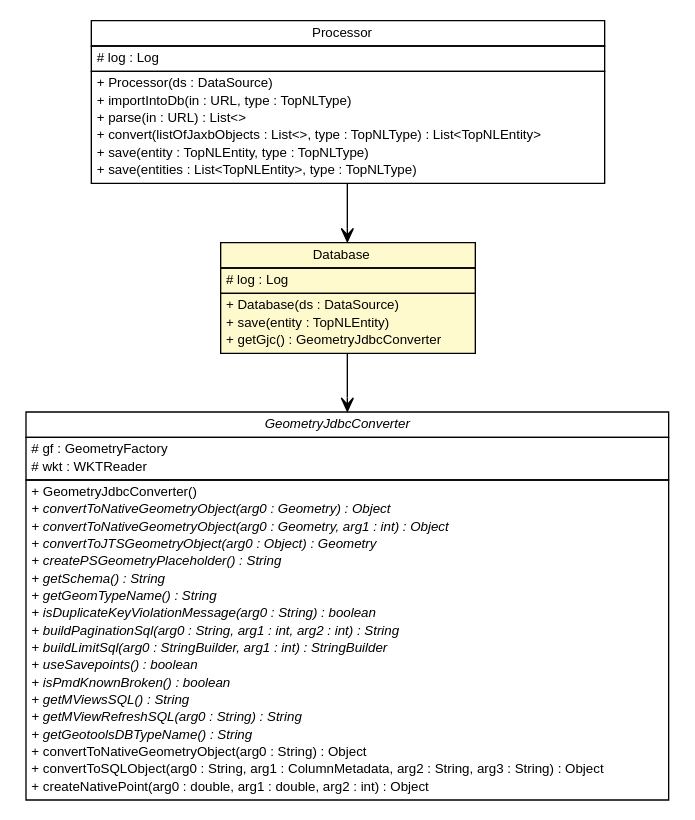
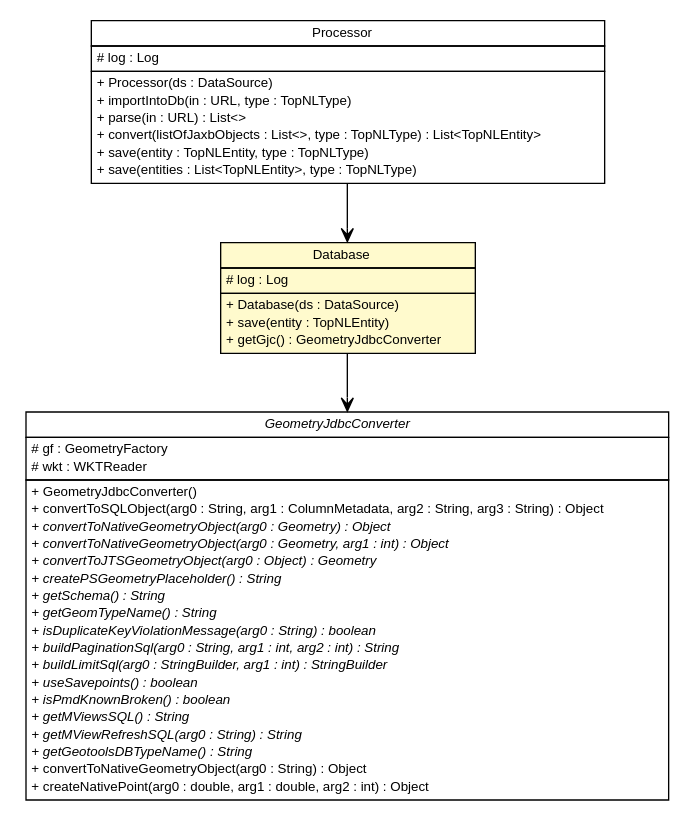
Before and after one commit to B3Partners/brmo: the diagram in topnlparser/apidocs/nl/b3p/topnl/Database.dot, drawn with Graphviz. The commit also changed other lines of this file and 751 other files, not shown here.

```diff
--- a/topnlparser/apidocs/nl/b3p/topnl/Database.dot
+++ b/topnlparser/apidocs/nl/b3p/topnl/Database.dot
@@ -1,77 +1,77 @@
 #!/usr/local/bin/dot
 #
 # Class diagram 
 # Generated by UMLGraph version R5_6-24-gf6e263 (http://www.umlgraph.org/)
 #
 
 digraph G {
 	edge [fontname="Helvetica",fontsize=10,labelfontname="Helvetica",labelfontsize=10];
 	node [fontname="Helvetica",fontsize=10,shape=plaintext];
 	nodesep=0.25;
 	ranksep=0.5;
 	// nl.b3p.topnl.Database
 	c13333 [label=<<table title="nl.b3p.topnl.Database" border="0" cellborder="1" cellspacing="0" cellpadding="2" port="p" bgcolor="lemonChiffon" href="./Database.html">
 		<tr><td><table border="0" cellspacing="0" cellpadding="1">
 <tr><td align="center" balign="center"> Database </td></tr>
 		</table></td></tr>
 		<tr><td><table border="0" cellspacing="0" cellpadding="1">
 <tr><td align="left" balign="left"> # log : Log </td></tr>
 		</table></td></tr>
 		<tr><td><table border="0" cellspacing="0" cellpadding="1">
 <tr><td align="left" balign="left"> + Database(ds : DataSource) </td></tr>
 <tr><td align="left" balign="left"> + save(entity : TopNLEntity) </td></tr>
 <tr><td align="left" balign="left"> + getGjc() : GeometryJdbcConverter </td></tr>
 		</table></td></tr>
 		</table>>, URL="./Database.html", fontname="Helvetica", fontcolor="black", fontsize=10.0];
 	// nl.b3p.topnl.Processor
 	c13337 [label=<<table title="nl.b3p.topnl.Processor" border="0" cellborder="1" cellspacing="0" cellpadding="2" port="p" href="./Processor.html">
 		<tr><td><table border="0" cellspacing="0" cellpadding="1">
 <tr><td align="center" balign="center"> Processor </td></tr>
 		</table></td></tr>
 		<tr><td><table border="0" cellspacing="0" cellpadding="1">
 <tr><td align="left" balign="left"> # log : Log </td></tr>
 		</table></td></tr>
 		<tr><td><table border="0" cellspacing="0" cellpadding="1">
 <tr><td align="left" balign="left"> + Processor(ds : DataSource) </td></tr>
 <tr><td align="left" balign="left"> + importIntoDb(in : URL, type : TopNLType) </td></tr>
 <tr><td align="left" balign="left"> + parse(in : URL) : List&lt;&gt; </td></tr>
 <tr><td align="left" balign="left"> + convert(listOfJaxbObjects : List&lt;&gt;, type : TopNLType) : List&lt;TopNLEntity&gt; </td></tr>
 <tr><td align="left" balign="left"> + save(entity : TopNLEntity, type : TopNLType) </td></tr>
 <tr><td align="left" balign="left"> + save(entities : List&lt;TopNLEntity&gt;, type : TopNLType) </td></tr>
 		</table></td></tr>
 		</table>>, URL="./Processor.html", fontname="Helvetica", fontcolor="black", fontsize=10.0];
 	// nl.b3p.topnl.Database NAVASSOC nl.b3p.loader.jdbc.GeometryJdbcConverter
 	c13333:p -> c13580:p [taillabel="", label="", headlabel="", fontname="Helvetica", fontcolor="black", fontsize=10.0, color="black", arrowhead=open];
 	// nl.b3p.topnl.Processor NAVASSOC nl.b3p.topnl.Database
 	c13337:p -> c13333:p [taillabel="", label="", headlabel="", fontname="Helvetica", fontcolor="black", fontsize=10.0, color="black", arrowhead=open];
 	// nl.b3p.loader.jdbc.GeometryJdbcConverter
 	c13580 [label=<<table title="nl.b3p.loader.jdbc.GeometryJdbcConverter" border="0" cellborder="1" cellspacing="0" cellpadding="2" port="p">
 		<tr><td><table border="0" cellspacing="0" cellpadding="1">
 <tr><td align="center" balign="center"><font face="Helvetica-Oblique"> GeometryJdbcConverter </font></td></tr>
 		</table></td></tr>
 		<tr><td><table border="0" cellspacing="0" cellpadding="1">
 <tr><td align="left" balign="left"> # gf : GeometryFactory </td></tr>
 <tr><td align="left" balign="left"> # wkt : WKTReader </td></tr>
 		</table></td></tr>
 		<tr><td><table border="0" cellspacing="0" cellpadding="1">
 <tr><td align="left" balign="left"> + GeometryJdbcConverter() </td></tr>
+<tr><td align="left" balign="left"> + convertToSQLObject(arg0 : String, arg1 : ColumnMetadata, arg2 : String, arg3 : String) : Object </td></tr>
 <tr><td align="left" balign="left"><font face="Helvetica-Oblique" point-size="10.0"> + convertToNativeGeometryObject(arg0 : Geometry) : Object </font></td></tr>
 <tr><td align="left" balign="left"><font face="Helvetica-Oblique" point-size="10.0"> + convertToNativeGeometryObject(arg0 : Geometry, arg1 : int) : Object </font></td></tr>
 <tr><td align="left" balign="left"><font face="Helvetica-Oblique" point-size="10.0"> + convertToJTSGeometryObject(arg0 : Object) : Geometry </font></td></tr>
 <tr><td align="left" balign="left"><font face="Helvetica-Oblique" point-size="10.0"> + createPSGeometryPlaceholder() : String </font></td></tr>
 <tr><td align="left" balign="left"><font face="Helvetica-Oblique" point-size="10.0"> + getSchema() : String </font></td></tr>
 <tr><td align="left" balign="left"><font face="Helvetica-Oblique" point-size="10.0"> + getGeomTypeName() : String </font></td></tr>
 <tr><td align="left" balign="left"><font face="Helvetica-Oblique" point-size="10.0"> + isDuplicateKeyViolationMessage(arg0 : String) : boolean </font></td></tr>
 <tr><td align="left" balign="left"><font face="Helvetica-Oblique" point-size="10.0"> + buildPaginationSql(arg0 : String, arg1 : int, arg2 : int) : String </font></td></tr>
 <tr><td align="left" balign="left"><font face="Helvetica-Oblique" point-size="10.0"> + buildLimitSql(arg0 : StringBuilder, arg1 : int) : StringBuilder </font></td></tr>
 <tr><td align="left" balign="left"><font face="Helvetica-Oblique" point-size="10.0"> + useSavepoints() : boolean </font></td></tr>
 <tr><td align="left" balign="left"><font face="Helvetica-Oblique" point-size="10.0"> + isPmdKnownBroken() : boolean </font></td></tr>
 <tr><td align="left" balign="left"><font face="Helvetica-Oblique" point-size="10.0"> + getMViewsSQL() : String </font></td></tr>
 <tr><td align="left" balign="left"><font face="Helvetica-Oblique" point-size="10.0"> + getMViewRefreshSQL(arg0 : String) : String </font></td></tr>
 <tr><td align="left" balign="left"><font face="Helvetica-Oblique" point-size="10.0"> + getGeotoolsDBTypeName() : String </font></td></tr>
 <tr><td align="left" balign="left"> + convertToNativeGeometryObject(arg0 : String) : Object </td></tr>
-<tr><td align="left" balign="left"> + convertToSQLObject(arg0 : String, arg1 : ColumnMetadata, arg2 : String, arg3 : String) : Object </td></tr>
 <tr><td align="left" balign="left"> + createNativePoint(arg0 : double, arg1 : double, arg2 : int) : Object </td></tr>
 		</table></td></tr>
 		</table>>, URL="null", fontname="Helvetica", fontcolor="black", fontsize=10.0];
 }
```
